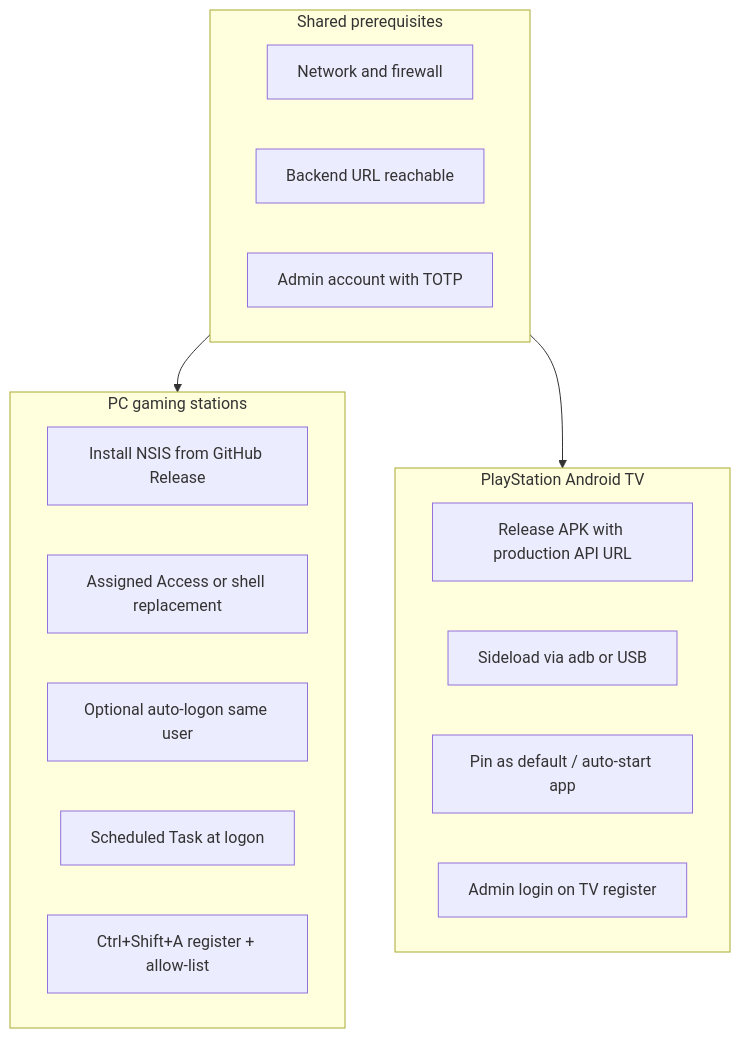
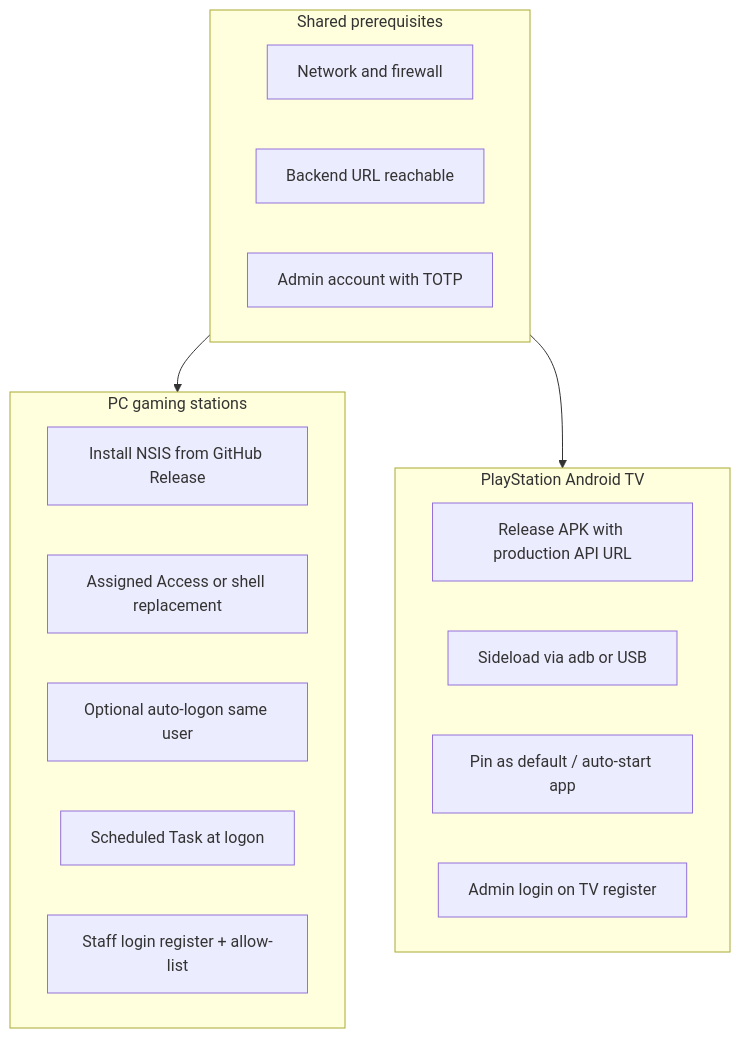
Before and after one commit to harishmahamure/arena360: the diagram in docs/STATION-DEPLOYMENT-GUIDE.md, drawn with Mermaid. The commit also changed other lines of this file and 14 other files, not shown here.

````diff
--- a/docs/STATION-DEPLOYMENT-GUIDE.md
+++ b/docs/STATION-DEPLOYMENT-GUIDE.md
@@ -20,23 +20,23 @@
 ```mermaid
 flowchart TB
   subgraph shared [Shared prerequisites]
     net[Network and firewall]
     backend[Backend URL reachable]
     admin[Admin account with TOTP]
   end
   subgraph pc [PC gaming stations]
     installKiosk[Install NSIS from GitHub Release]
     shell[Assigned Access or shell replacement]
     autologon[Optional auto-logon same user]
     autostart[Scheduled Task at logon]
-    provisionPC[Ctrl+Shift+A register + allow-list]
+    provisionPC[Staff login register + allow-list]
   end
   subgraph tv [PlayStation Android TV]
     buildAPK[Release APK with production API URL]
     sideload[Sideload via adb or USB]
     tvHome[Pin as default / auto-start app]
     provisionTV[Admin login on TV register]
   end
   shared --> pc
   shared --> tv
 ```
````
